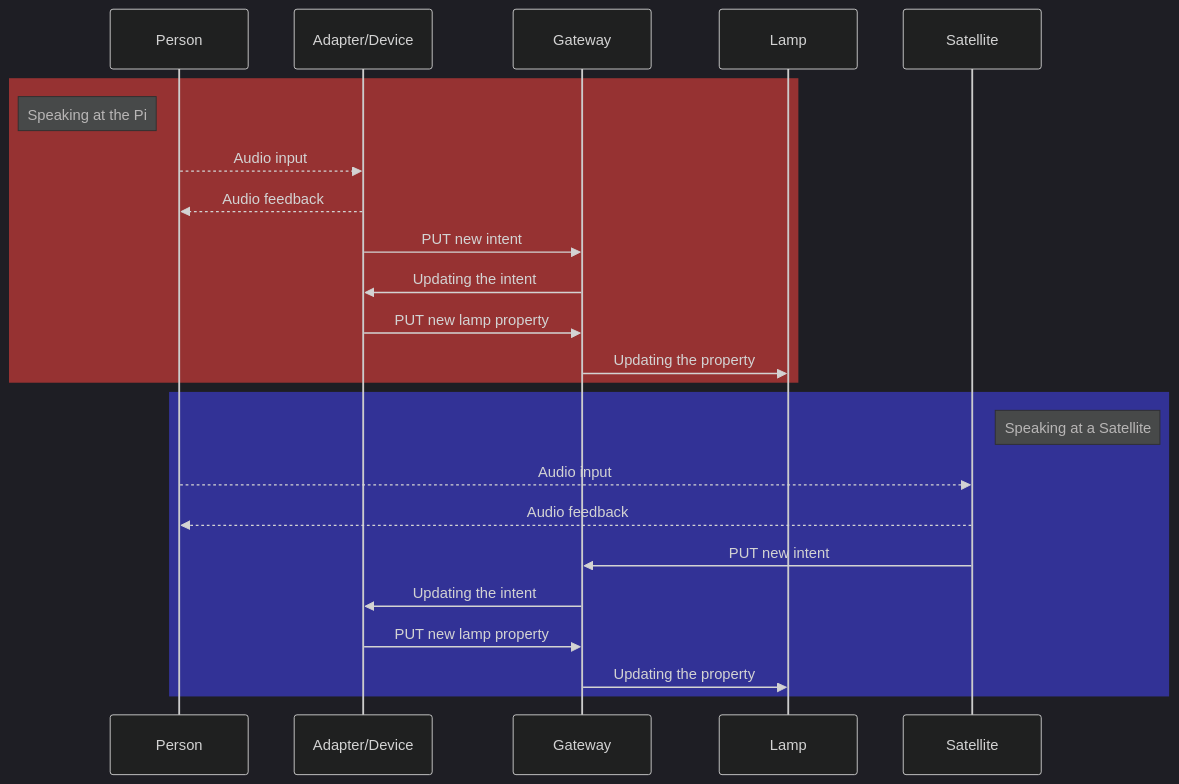
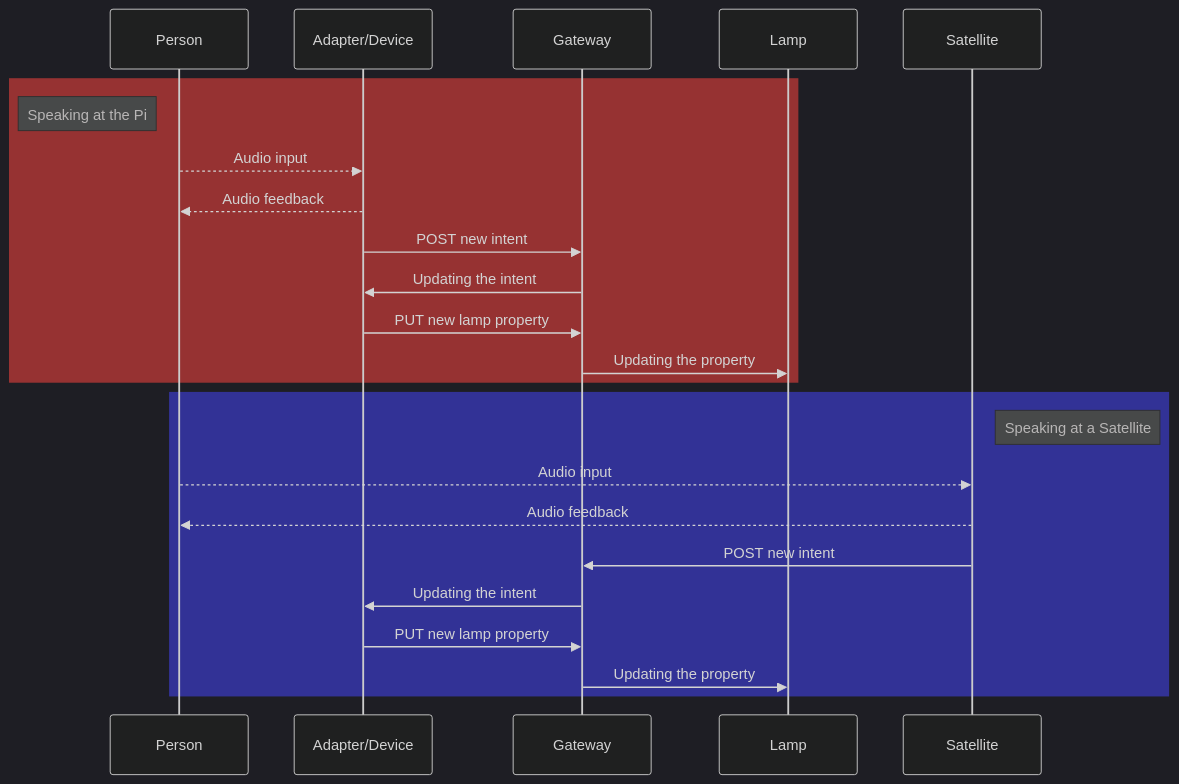
The diagram in README.md (Bleznudd/avocet), drawn with Mermaid before and after one commit. The commit also changed other lines of this file and 2 other files, not shown here.

Commit message:
Transition to intent action completed

````diff
--- a/README.md
+++ b/README.md
@@ -92,22 +90,22 @@
 ```mermaid
 %%{init: {'theme': 'dark'}}%%
 sequenceDiagram
     rect rgb(150, 50, 50)
     note left of Person: Speaking at the Pi
     Person-->>Adapter/Device: Audio input
     Adapter/Device-->>Person: Audio feedback
-    Adapter/Device->>Gateway: PUT new intent
+    Adapter/Device->>Gateway: POST new intent
     Gateway->>Adapter/Device: Updating the intent
     Adapter/Device->>Gateway: PUT new lamp property
     Gateway->>Lamp: Updating the property
     end
     rect rgb(50, 50, 150)
     note right of Satellite: Speaking at a Satellite
     Person-->>Satellite: Audio input
     Satellite-->>Person: Audio feedback
-    Satellite->>Gateway: PUT new intent
+    Satellite->>Gateway: POST new intent
     Gateway->>Adapter/Device: Updating the intent
     Adapter/Device->>Gateway: PUT new lamp property
     Gateway->>Lamp: Updating the property
     end
 ```
````
